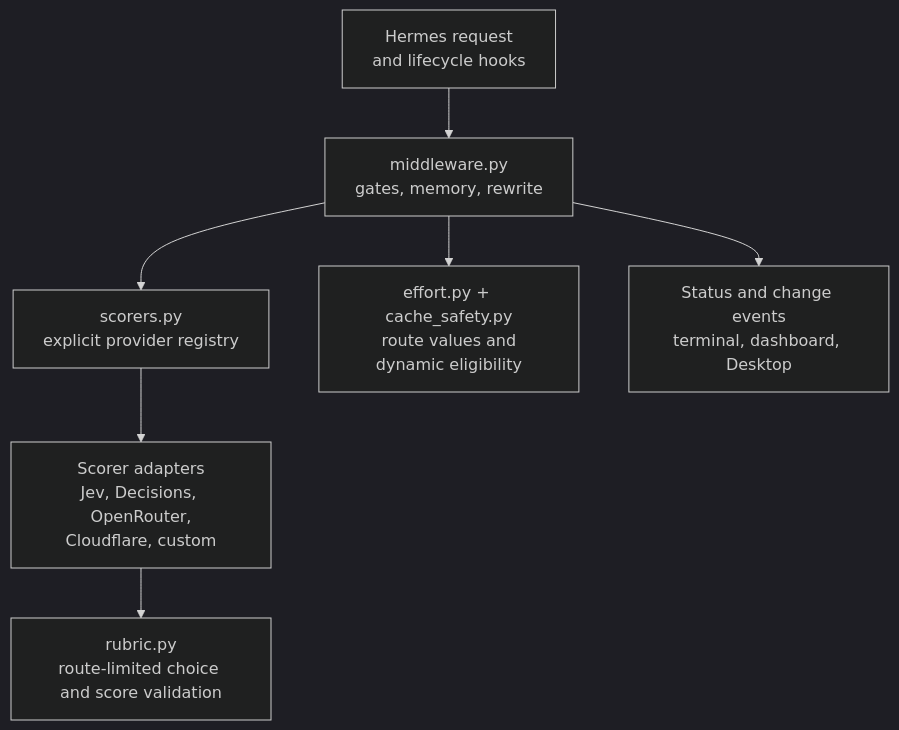
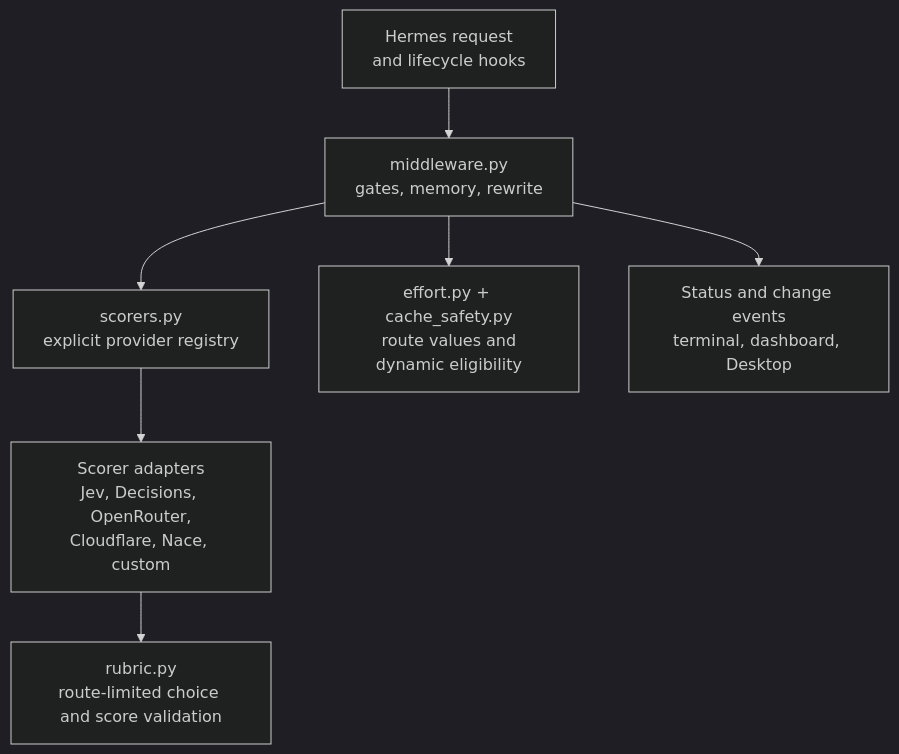
One commit to atostivint/hermes-adaptive-effort changed the diagram in docs/DESIGN.md. Above: the diagram before and after it, drawn with Mermaid (dark theme). The commit also changed other lines of this file and 18 other files, not shown here.

First line of the commit message:
feat: add Nace Drex as an explicit scorer provider

````diff
--- a/docs/DESIGN.md
+++ b/docs/DESIGN.md
@@ -15,9 +15,9 @@
 ```mermaid
 flowchart TD
     H["Hermes request<br/>and lifecycle hooks"] --> M["middleware.py<br/>gates, memory, rewrite"]
     M --> S["scorers.py<br/>explicit provider registry"]
-    S --> A["Scorer adapters<br/>Jev, Decisions, OpenRouter,<br/>Cloudflare, custom"]
+    S --> A["Scorer adapters<br/>Jev, Decisions, OpenRouter,<br/>Cloudflare, Nace, custom"]
     A --> R["rubric.py<br/>route-limited choice and score validation"]
     M --> E["effort.py + cache_safety.py<br/>route values and<br/>dynamic eligibility"]
     M --> O["Status and change events<br/>terminal, dashboard, Desktop"]
 ```
````
